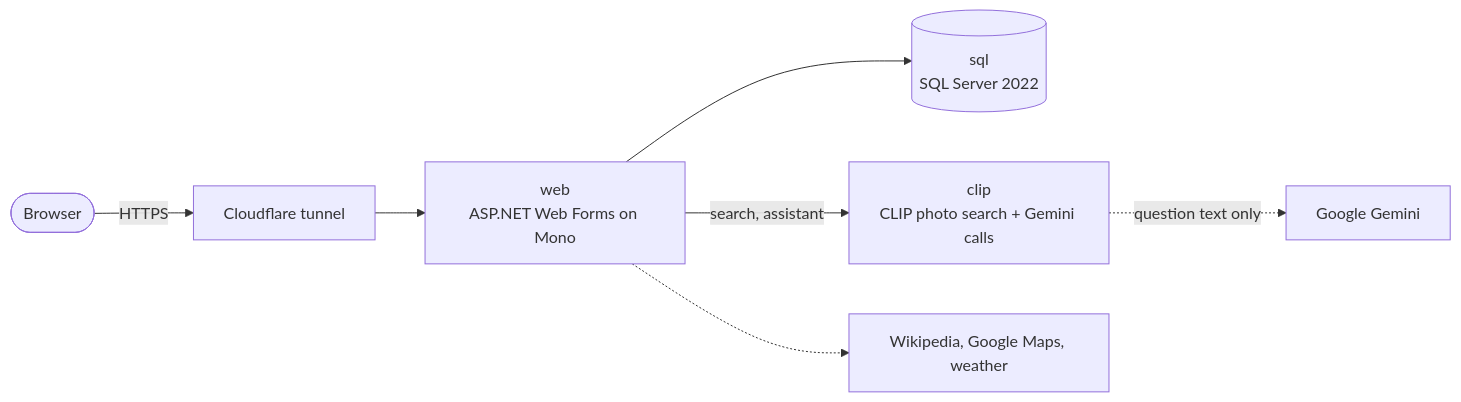
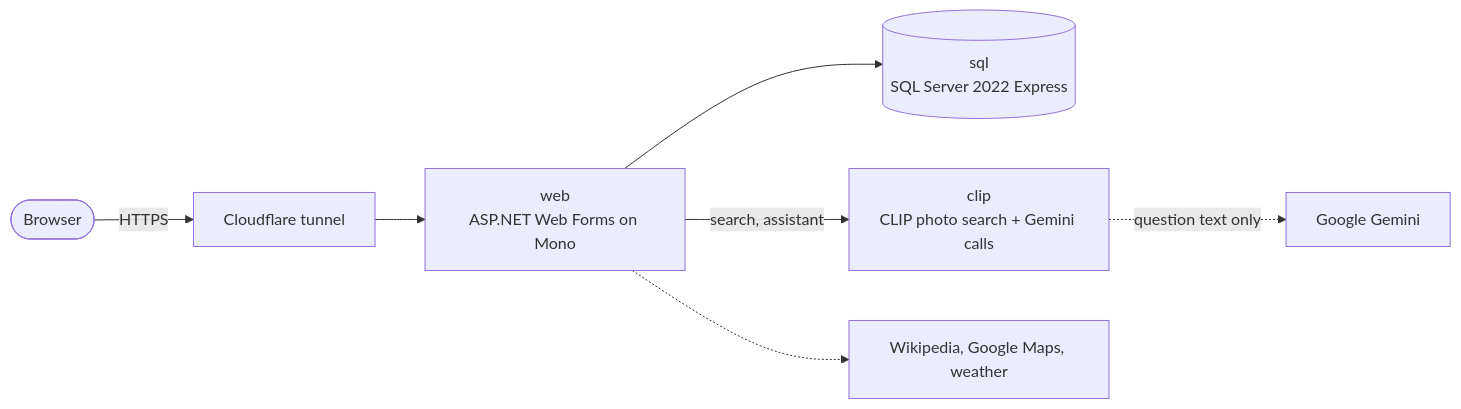
One commit to oltur/seeyourtravel changed the diagram in README.md. Above: the diagram before and after it, drawn with Mermaid. The commit also changed other lines of this file and 2 other files, not shown here.

First line of the commit message:
Run SQL Server as Express edition (free for production); README update

````diff
--- a/README.md
+++ b/README.md
@@ -50,9 +50,9 @@
 ```mermaid
 flowchart LR
     U([Browser]) -->|HTTPS| CF[Cloudflare tunnel]
     CF --> WEB["web<br/>ASP.NET Web Forms on Mono"]
-    WEB --> SQL[("sql<br/>SQL Server 2022")]
+    WEB --> SQL[("sql<br/>SQL Server 2022 Express")]
     WEB -->|search, assistant| CLIP["clip<br/>CLIP photo search + Gemini calls"]
     CLIP -.->|question text only| G[Google Gemini]
     WEB -.-> EXT[Wikipedia, Google Maps, weather]
 ```
````
